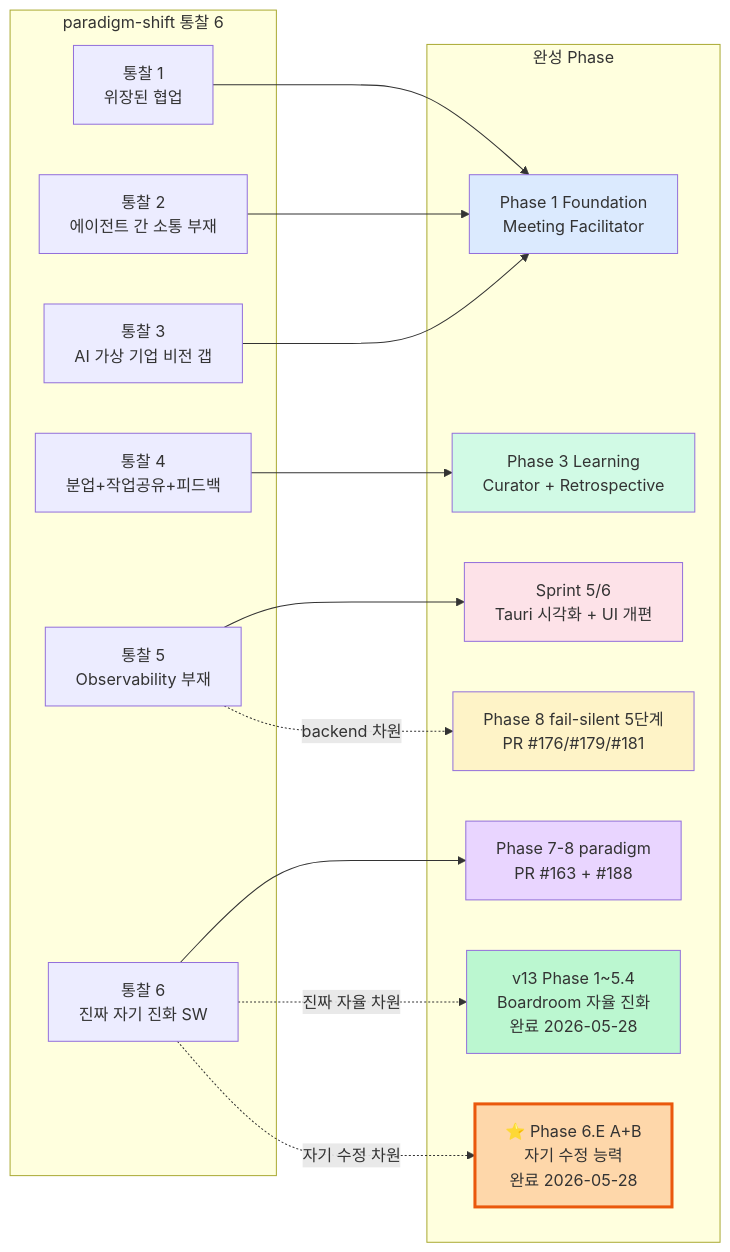
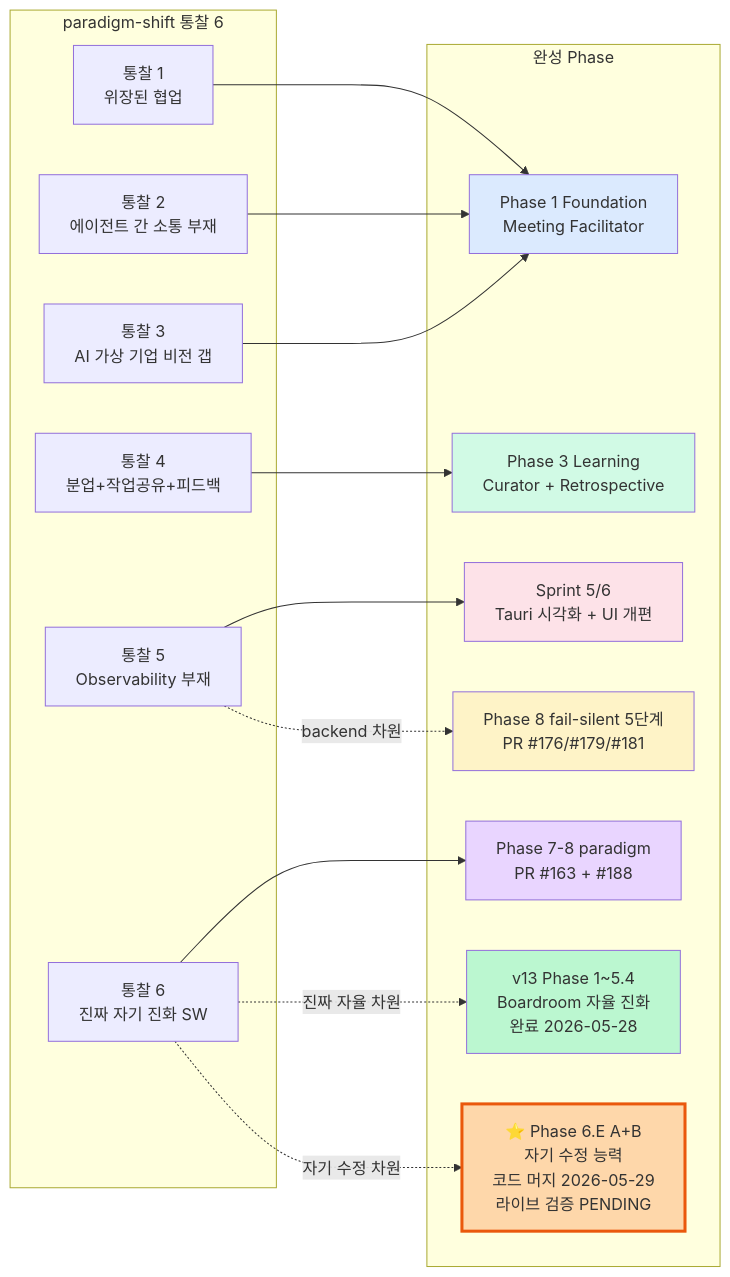
Before and after one commit to SongJongwon/nexus-alpha: the third of 4 diagrams in docs/architecture/phase_progress.md, drawn with Mermaid. The commit also changed other lines of this file and 3 other files, not shown here.

Commit message:
docs: correct #231/#232 merge date to 2026-05-29 + mark A+B unverified (rerun1 crashed: GraphRecursionError) + add run1 invalid verdict

````diff
--- a/docs/architecture/phase_progress.md
+++ b/docs/architecture/phase_progress.md
@@ -141,39 +142,39 @@
 ```mermaid
 graph LR
     subgraph insights["paradigm-shift 통찰 6"]
         I1[통찰 1<br/>위장된 협업]
         I2[통찰 2<br/>에이전트 간 소통 부재]
         I3[통찰 3<br/>AI 가상 기업 비전 갭]
         I4[통찰 4<br/>분업+작업공유+피드백]
         I5[통찰 5<br/>Observability 부재]
         I6[통찰 6<br/>진짜 자기 진화 SW]
     end
 
     subgraph phases["완성 Phase"]
         P_K[Phase 1 Foundation<br/>Meeting Facilitator]
         P_L[Phase 3 Learning<br/>Curator + Retrospective]
         P_FS[Phase 8 fail-silent 5단계<br/>PR #176/#179/#181]
         P_PD[Phase 7-8 paradigm<br/>PR #163 + #188]
         P_S5[Sprint 5/6<br/>Tauri 시각화 + UI 개편]
         P_V13[v13 Phase 1~5.4<br/>Boardroom 자율 진화<br/>완료 2026-05-28]
-        P_V6E[⭐ Phase 6.E A+B<br/>자기 수정 능력<br/>완료 2026-05-28]
+        P_V6E[⭐ Phase 6.E A+B<br/>자기 수정 능력<br/>코드 머지 2026-05-29<br/>라이브 검증 PENDING]
     end
 
     I1 --> P_K
     I2 --> P_K
     I3 --> P_K
     I4 --> P_L
     I5 --> P_S5
     I5 -.->|backend 차원| P_FS
     I6 --> P_PD
     I6 -.->|진짜 자율 차원| P_V13
     I6 -.->|자기 수정 차원| P_V6E
 
     style P_K fill:#dbeafe
     style P_L fill:#d1fae5
     style P_FS fill:#fef3c7
     style P_PD fill:#e9d5ff
     style P_S5 fill:#fde2e8
     style P_V13 fill:#bbf7d0
     style P_V6E fill:#fed7aa,stroke:#ea580c,stroke-width:3px
 ```
````
